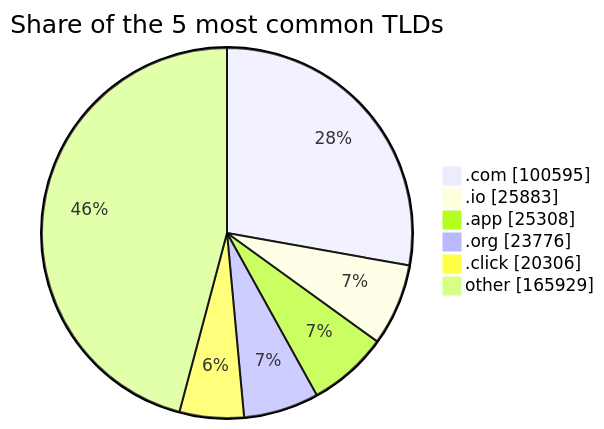
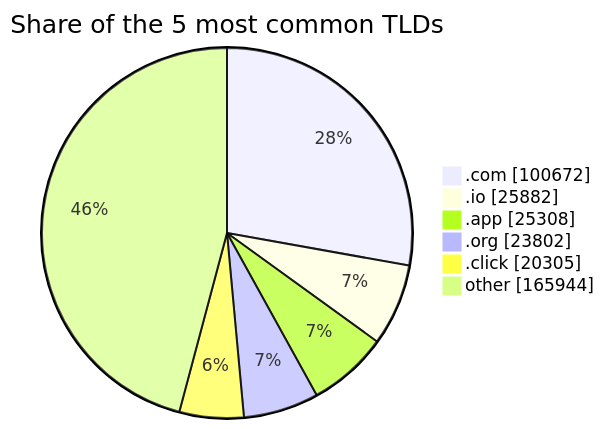
Before and after one commit to DNSBunker/CTI: the third of 3 diagrams in README.md, drawn with Mermaid. The commit also changed other lines of this file and 3 other files, not shown here.

````diff
--- a/README.md
+++ b/README.md
@@ -81,9 +81,9 @@
 ```mermaid
 pie showData title Share of the 5 most common TLDs
-    ".com" : 100595
-    ".io" : 25883
+    ".com" : 100672
+    ".io" : 25882
     ".app" : 25308
-    ".org" : 23776
-    ".click" : 20306
-    "other" : 165929
+    ".org" : 23802
+    ".click" : 20305
+    "other" : 165944
 ```
````
